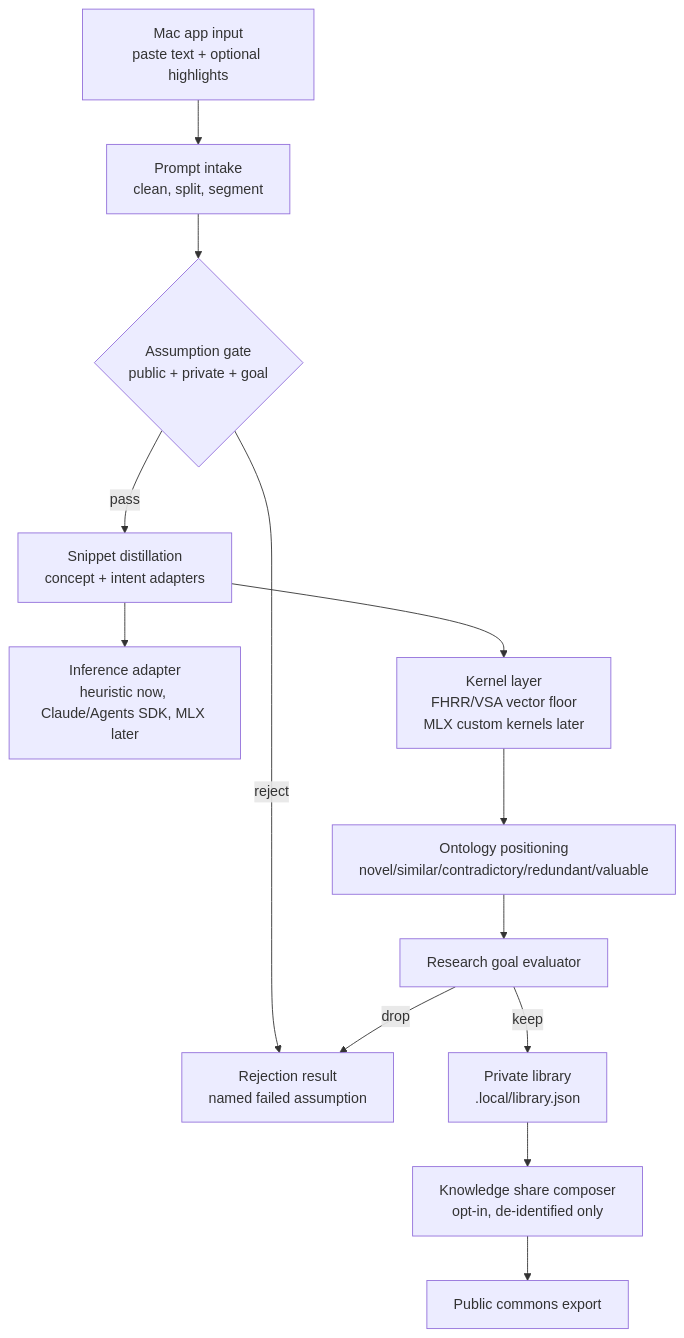
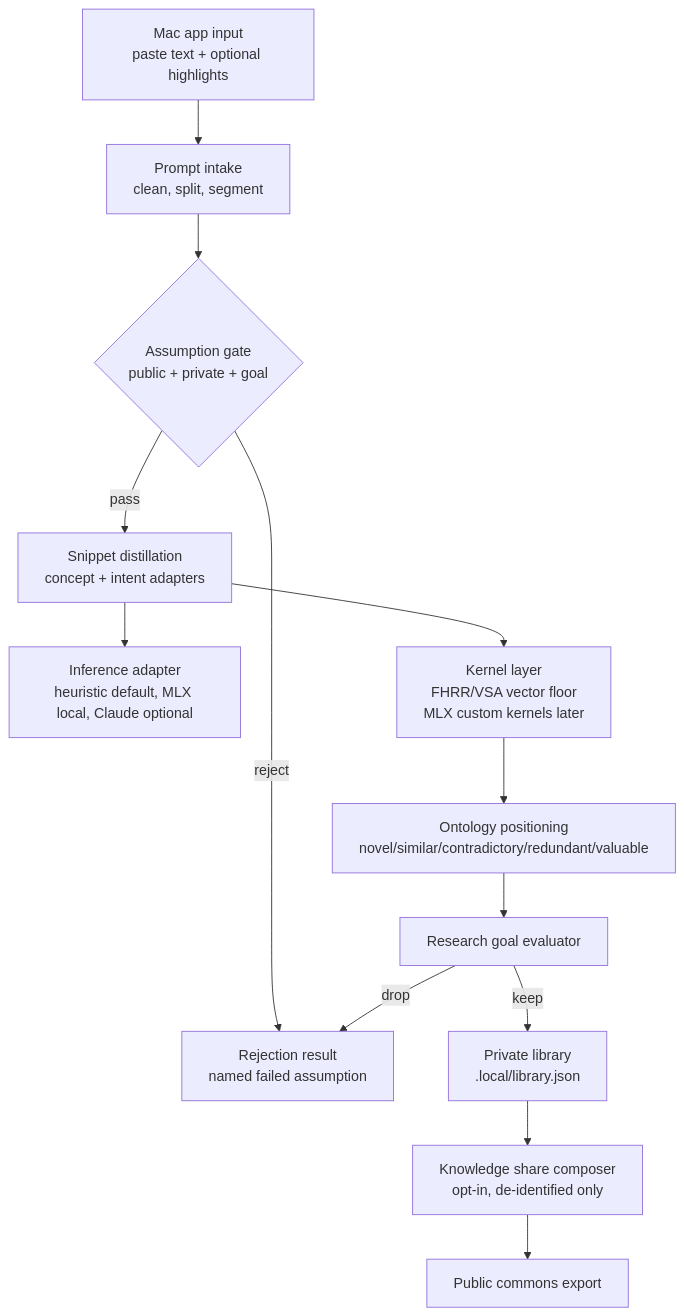
One commit to cemphlvn/humanitic changed the diagram in labs/_macro-prompt/APP_ARCHITECTURE.md. Above: the diagram before and after it, drawn with Mermaid. The commit also changed other lines of this file and 26 other files, not shown here.

````diff
--- a/labs/_macro-prompt/APP_ARCHITECTURE.md
+++ b/labs/_macro-prompt/APP_ARCHITECTURE.md
@@ -9,15 +9,15 @@
 ```mermaid
 flowchart TD
     A[Mac app input<br/>paste text + optional highlights] --> B[Prompt intake<br/>clean, split, segment]
     B --> C{Assumption gate<br/>public + private + goal}
     C -->|reject| R[Rejection result<br/>named failed assumption]
     C -->|pass| D[Snippet distillation<br/>concept + intent adapters]
-    D --> E[Inference adapter<br/>heuristic now, Claude/Agents SDK, MLX later]
+    D --> E[Inference adapter<br/>heuristic default, MLX local, Claude optional]
     D --> F[Kernel layer<br/>FHRR/VSA vector floor<br/>MLX custom kernels later]
     F --> G[Ontology positioning<br/>novel/similar/contradictory/redundant/valuable]
     G --> H[Research goal evaluator]
     H -->|keep| I[Private library<br/>.local/library.json]
     H -->|drop| R
     I --> J[Knowledge share composer<br/>opt-in, de-identified only]
     J --> K[Public commons export]
 ```
````
